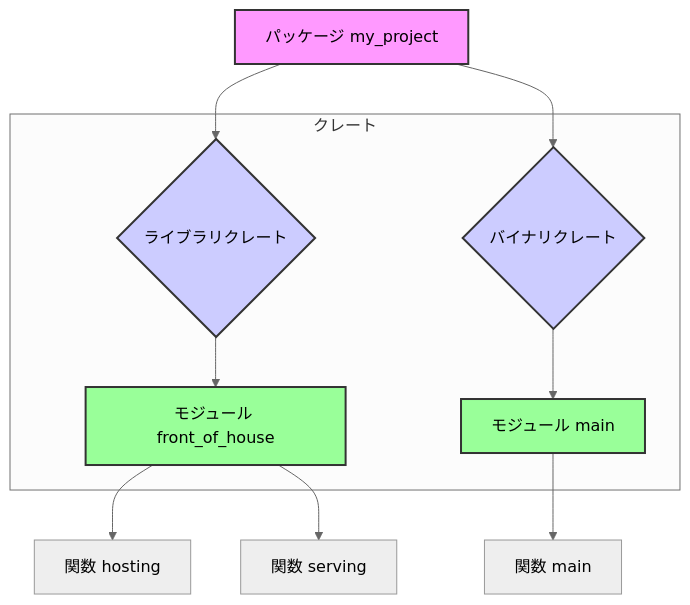
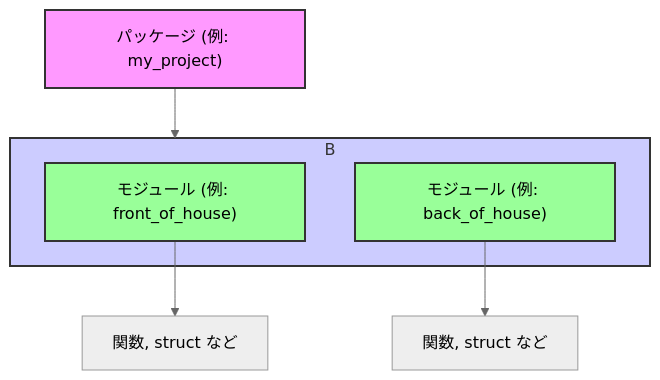
One commit to engineers-hub-ltd-in-house-project/rust-deep-understanding changed the diagram in manuscript/part4/chapter20.md. Above: the diagram before and after it, drawn with Mermaid (neutral theme). The commit also changed other lines of this file, not shown here.

````diff
--- a/manuscript/part4/chapter20.md
+++ b/manuscript/part4/chapter20.md
@@ -23,18 +25,15 @@
 ```mermaid
 graph TD;
-    A[パッケージ my_project] --> B{ライブラリクレート};
-    A --> C{バイナリクレート};
-    subgraph クレート
-        B --> D[モジュール front_of_house];
-        C --> E[モジュール main];
+    A["パッケージ (例: my_project)"] --> B{"クレート (ライブラリ or バイナリ)"};
+    subgraph B
+        C["モジュール (例: front_of_house)"];
+        D["モジュール (例: back_of_house)"];
     end
-    D --> F[関数 hosting];
-    D --> G[関数 serving];
-    E --> H[関数 main];
+    C --> E["関数, struct など"];
+    D --> F["関数, struct など"];
 
     style A fill:#f9f,stroke:#333,stroke-width:2px
     style B fill:#ccf,stroke:#333,stroke-width:2px
-    style C fill:#ccf,stroke:#333,stroke-width:2px
+    style C fill:#9f9,stroke:#333,stroke-width:2px
     style D fill:#9f9,stroke:#333,stroke-width:2px
-    style E fill:#9f9,stroke:#333,stroke-width:2px
 ```
````
